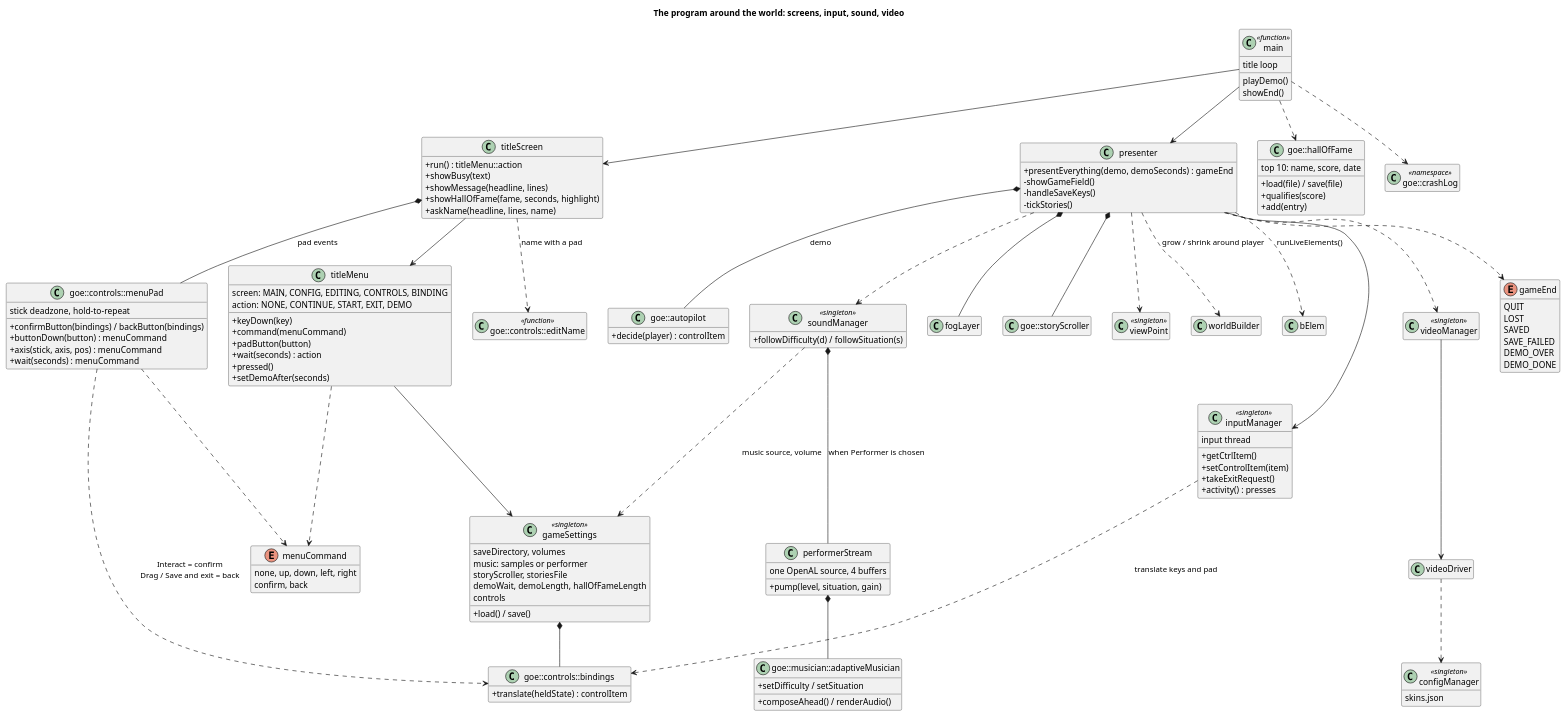
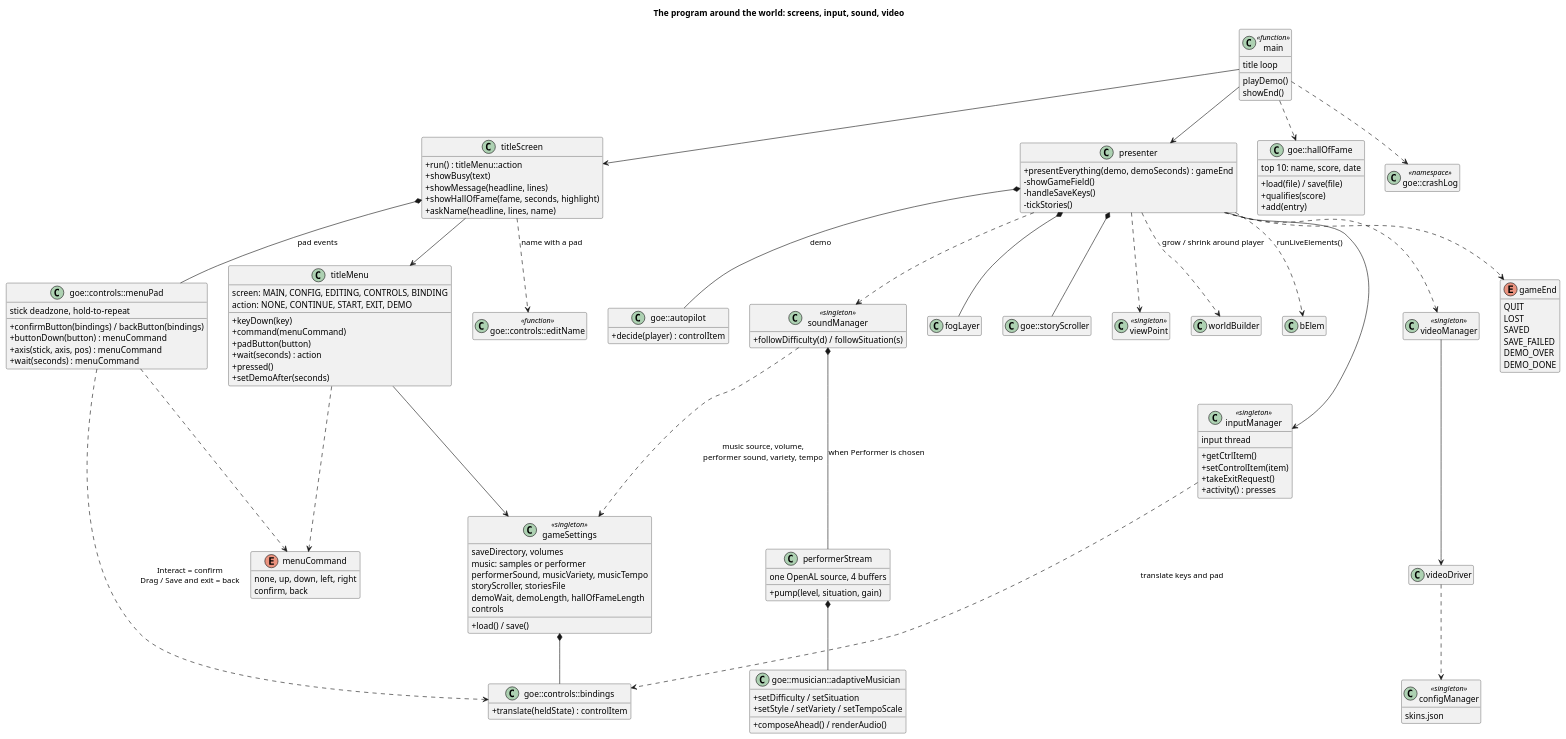
Before and after one commit to arielkonopka/Gardens-of-Eris: the diagram in docs/diagrams/03-application-classes.puml, drawn with PlantUML. The commit also changed 32 other files, not shown here.

```diff
--- a/docs/diagrams/03-application-classes.puml
+++ b/docs/diagrams/03-application-classes.puml
@@ -1,130 +1,132 @@
 @startuml
 title The program around the world: screens, input, sound, video
 skinparam classAttributeIconSize 0
 hide empty members
 
 class main <<function>> {
   title loop
   playDemo()
   showEnd()
 }
 class titleScreen {
   +run() : titleMenu::action
   +showBusy(text)
   +showMessage(headline, lines)
   +showHallOfFame(fame, seconds, highlight)
   +askName(headline, lines, name)
 }
 class titleMenu {
   screen: MAIN, CONFIG, EDITING, CONTROLS, BINDING
   action: NONE, CONTINUE, START, EXIT, DEMO
   +keyDown(key)
   +command(menuCommand)
   +padButton(button)
   +wait(seconds) : action
   +pressed()
   +setDemoAfter(seconds)
 }
 class gameSettings <<singleton>> {
   saveDirectory, volumes
   music: samples or performer
+  performerSound, musicVariety, musicTempo
   storyScroller, storiesFile
   demoWait, demoLength, hallOfFameLength
   controls
   +load() / save()
 }
 class "goe::controls::bindings" as bindings {
   +translate(heldState) : controlItem
 }
 class "goe::controls::menuPad" as menuPad {
   stick deadzone, hold-to-repeat
   +confirmButton(bindings) / backButton(bindings)
   +buttonDown(button) : menuCommand
   +axis(stick, axis, pos) : menuCommand
   +wait(seconds) : menuCommand
 }
 enum menuCommand {
   none, up, down, left, right
   confirm, back
 }
 class "goe::controls::editName" as editName <<function>>
 class presenter {
   +presentEverything(demo, demoSeconds) : gameEnd
   -showGameField()
   -handleSaveKeys()
   -tickStories()
 }
 enum gameEnd {
   QUIT
   LOST
   SAVED
   SAVE_FAILED
   DEMO_OVER
   DEMO_DONE
 }
 class inputManager <<singleton>> {
   input thread
   +getCtrlItem()
   +setControlItem(item)
   +takeExitRequest()
   +activity() : presses
 }
 class "goe::autopilot" as autopilot {
   +decide(player) : controlItem
 }
 class "goe::hallOfFame" as hallOfFame {
   top 10: name, score, date
   +load(file) / save(file)
   +qualifies(score)
   +add(entry)
 }
 class soundManager <<singleton>> {
   +followDifficulty(d) / followSituation(s)
 }
 class performerStream {
   one OpenAL source, 4 buffers
   +pump(level, situation, gain)
 }
 class "goe::musician::adaptiveMusician" as musician {
   +setDifficulty / setSituation
+  +setStyle / setVariety / setTempoScale
   +composeAhead() / renderAudio()
 }
 class videoManager <<singleton>>
 class videoDriver
 class configManager <<singleton>> {
   skins.json
 }
 class fogLayer
 class "goe::storyScroller" as storyScroller
 class viewPoint <<singleton>>
 class "goe::crashLog" as crashLog <<namespace>>
 
 main --> titleScreen
 main --> presenter
 main ..> hallOfFame
 main ..> crashLog
 titleScreen --> titleMenu
 titleScreen *-- menuPad : pad events
 titleScreen ..> editName : name with a pad
 menuPad ..> menuCommand
 menuPad ..> bindings : Interact = confirm\nDrag / Save and exit = back
 titleMenu ..> menuCommand
 titleMenu --> gameSettings
 gameSettings *-- bindings
 inputManager ..> bindings : translate keys and pad
 presenter --> inputManager
 presenter *-- autopilot : demo
 presenter *-- fogLayer
 presenter *-- storyScroller
 presenter ..> soundManager
 soundManager *-- performerStream : when Performer is chosen
 performerStream *-- musician
-soundManager ..> gameSettings : music source, volume
+soundManager ..> gameSettings : music source, volume,\nperformer sound, variety, tempo
 presenter ..> videoManager
 presenter ..> viewPoint
 presenter ..> gameEnd
 videoManager --> videoDriver
 videoDriver ..> configManager
 presenter ..> "worldBuilder" : grow / shrink around player
 presenter ..> "bElem" : runLiveElements()
 @enduml
```
